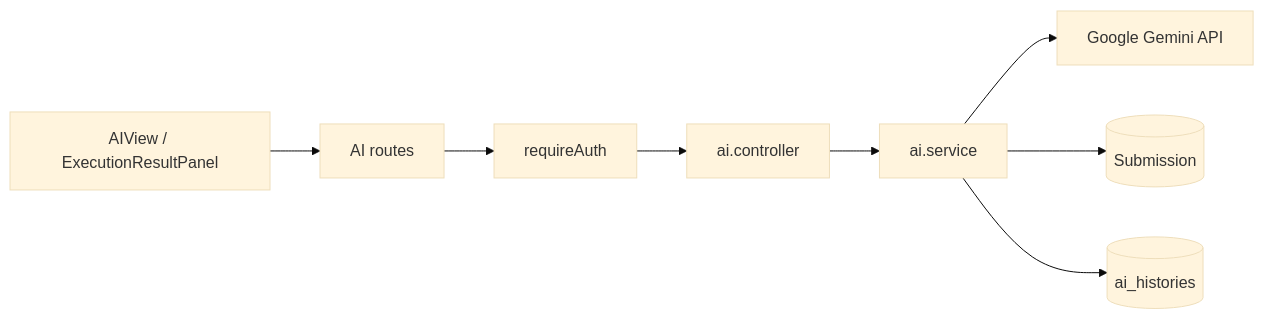
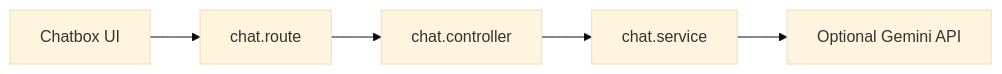
Before and after one commit to JamesHarrision/fessior-oj-backend: the eighth of 8 diagrams in docs/feature-flows.md, drawn with Mermaid (base theme). The commit also changed other lines of this file and 15 other files, not shown here.

Commit message:
docs: document simplified mysql architecture

````diff
--- a/docs/feature-flows.md
+++ b/docs/feature-flows.md
@@ -374,10 +170,7 @@
 ```mermaid
 flowchart LR
-  FE[AIView / ExecutionResultPanel] --> API[AI routes]
-  API --> Auth[requireAuth]
-  Auth --> Controller[ai.controller]
-  Controller --> Service[ai.service]
-  Service --> Gemini[Google Gemini API]
-  Service --> Mongo[(Submission)]
-  Service --> MySQL[(ai_histories)]
+  FE[Chatbox UI] --> API[chat.route]
+  API --> Controller[chat.controller]
+  Controller --> Service[chat.service]
+  Service --> Gemini[Optional Gemini API]
 ```
````
